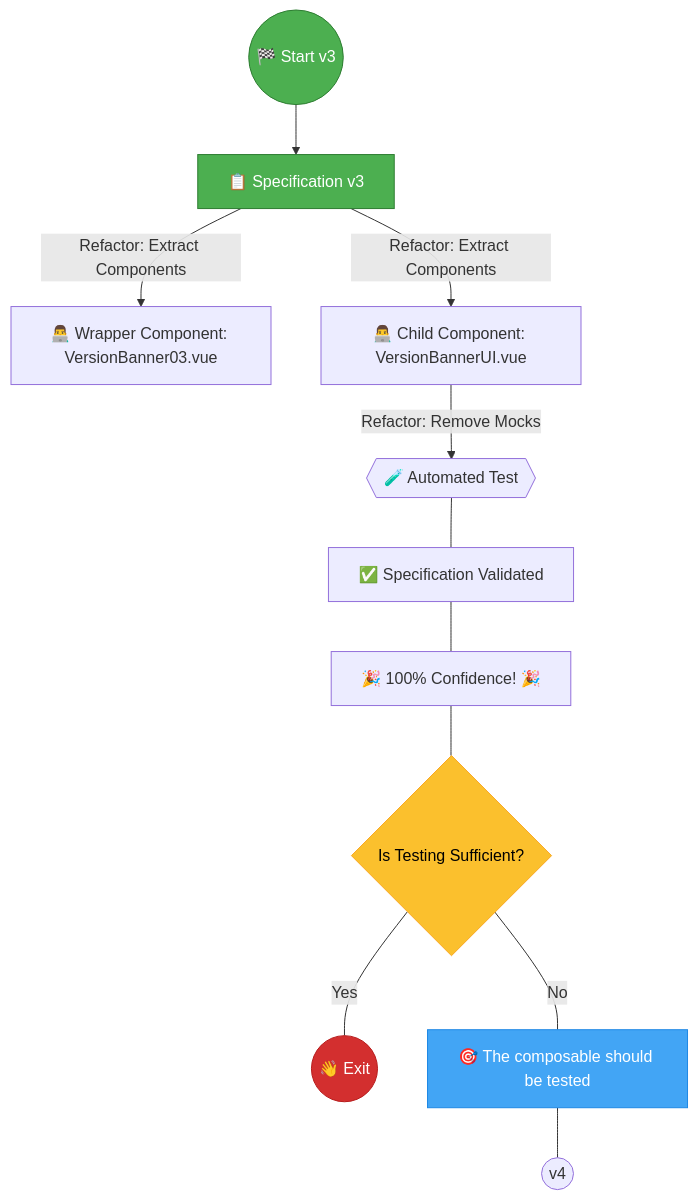
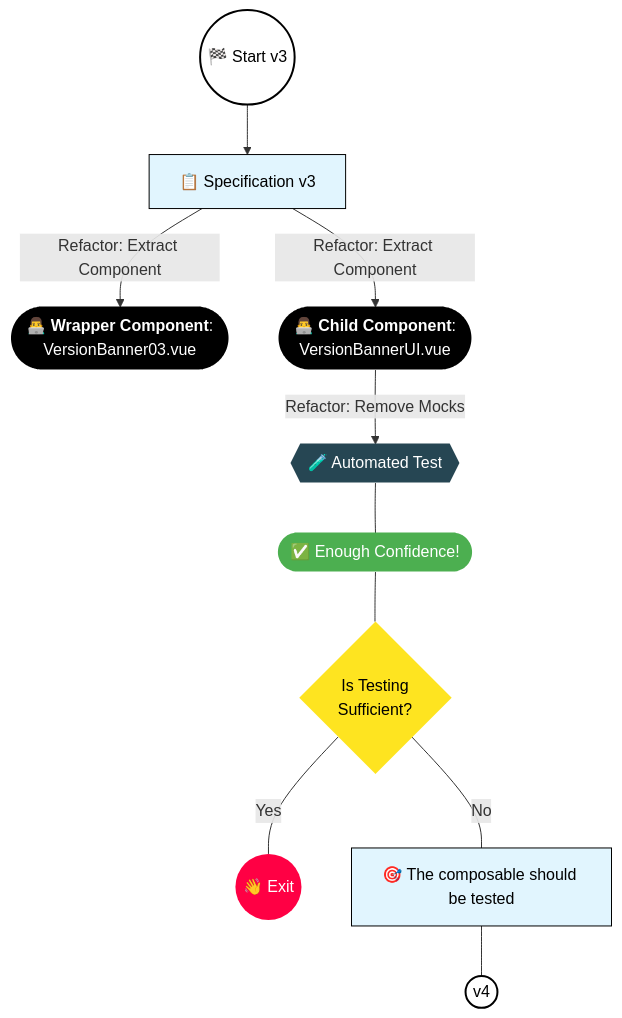
The diagram in docs/Testing a Simple Nuxt Feature - 6 - Avoid Mocks With the "Component Wrapper" Pattern (v3).md (jeromeabel/nuxt-clean-architecture), drawn with Mermaid before and after one commit. The commit also changed 6 other files, not shown here.

Commit message:
docs(version): up graphs colors and shapes

````diff
--- a/docs/Testing a Simple Nuxt Feature - 6 - Avoid Mocks With the "Component Wrapper" Pattern (v3).md
+++ b/docs/Testing a Simple Nuxt Feature - 6 - Avoid Mocks With the "Component Wrapper" Pattern (v3).md
@@ -140,41 +140,42 @@
 ```mermaid
 graph TB
 
     %% Start
     A((🏁 Start v3)):::start
 
     %% Specification v3 Checklist
-    B[📋 Specification v3]:::start
+    B[📋 Specification v3]:::checklist
 
     %% Development Process
-    C1["👨‍💻 Wrapper Component: VersionBanner03.vue"]
-    C2["👨‍💻 Child Component: VersionBannerUI.vue"]
+    C1(["👨‍💻 <b>Wrapper Component</b>:<br>VersionBanner03.vue"]):::impl
+    C2(["👨‍💻 <b>Child Component</b>:<br>VersionBannerUI.vue"]):::impl
 
     %% Test
-    D{{🧪 Automated Test}}
+    D{{🧪 Automated Test}}:::test
 
-    E[✅ Specification Validated]
-    F[🎉 100% Confidence! 🎉]
+    F([✅ Enough Confidence!]):::success
 
-    G{Is Testing Sufficient?}:::decision
+    G{Is Testing<br>Sufficient?}:::decision
     H((👋 Exit)):::exit
-    I[🎯 The composable should be tested]:::action
-    J((v4))
+    I[🎯 The composable should be tested]:::checklist
+    J((v4)):::start
 
     %% Connections
     A --> B
-    B --> | Refactor: Extract Components | C1 & C2
+    B --> | Refactor: Extract Component | C1 & C2
     C2 --> | Refactor: Remove Mocks | D
-    D --- E --- F --- G
+    D --- F --- G
     G --- |Yes| H
     G --- |No| I
     I --- J
 
     %% Define Styles
-    classDef start fill:#4CAF50,stroke:#2E7D32,color:#FFFFFF;
-    classDef exit fill:#D32F2F,stroke:#B71C1C,color:#FFFFFF;
-    classDef decision fill:#FBC02D,stroke:#F9A825,color:#000000;
-    classDef issue fill:#FF7043,stroke:#BF360C,color:#FFFFFF;
-    classDef action fill:#42A5F5,stroke:#1E88E5,color:#FFFFFF;
-    classDef checklist fill:#E1F5FE,stroke:#0277BD,color:#000000;
+    classDef start fill:#fff,color:#000,stroke:#000,stroke-width:2;
+    classDef impl fill:#000,color:#fff,stroke:#fff,stroke-width:0;
+    classDef issue fill:#f48c06,color:#000,stroke:#333,stroke-width:0;
+    classDef decision fill:#FEE420,color:#000,stroke:#4F4400,stroke-width:0;
+    classDef test fill:#264653,color:#fff,stroke:#060600,stroke-width:0;
+    classDef exit fill:#ff0044,color:#fff,stroke-width:0;
+    classDef checklist fill:#E1F5FE,stroke:#000000,color:#000000;
+    classDef success fill:#4CAF50,color:#fff,stroke:#fff,stroke-width:0;
 ```
````
